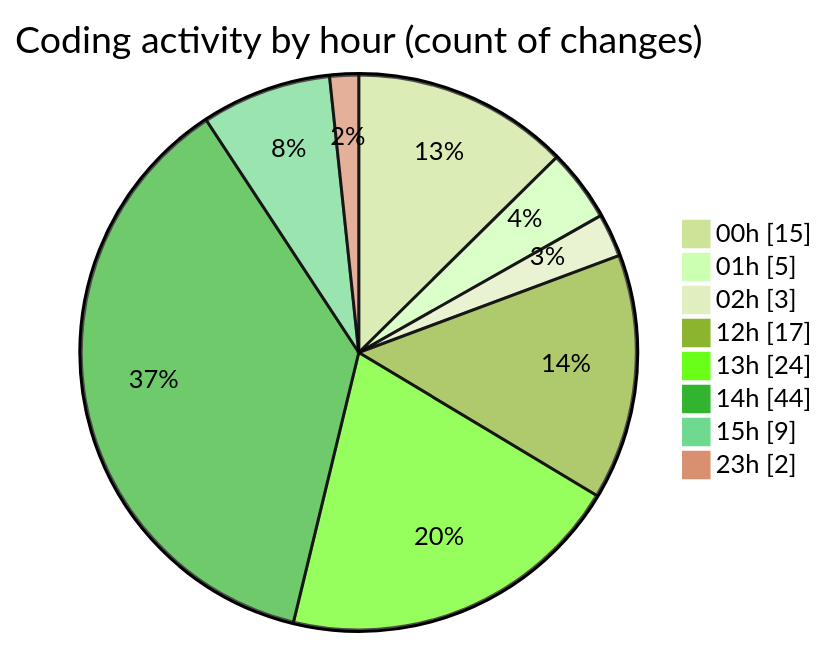
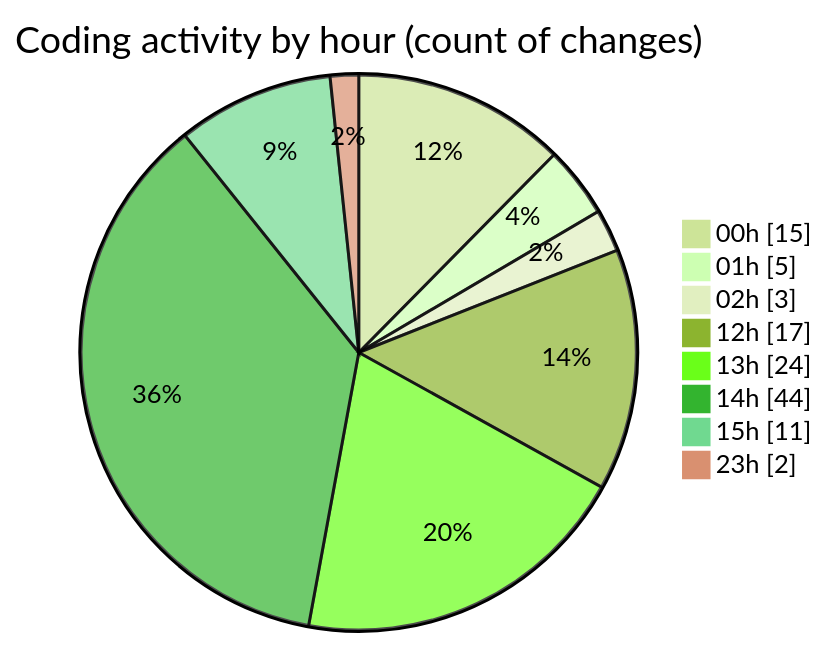
One commit to lephambinh05/code-tracking changed the second of 2 diagrams in 2025-08-13/rentotp/README.md. Above: the diagram before and after it, drawn with Mermaid (forest theme). The commit also changed other lines of this file and 1 other file, not shown here.

````diff
--- a/2025-08-13/rentotp/README.md
+++ b/2025-08-13/rentotp/README.md
@@ -50,12 +50,12 @@
 ```mermaid
 pie showData
 title Coding activity by hour (count of changes)
 "00h" : 15
 "01h" : 5
 "02h" : 3
 "12h" : 17
 "13h" : 24
 "14h" : 44
-"15h" : 9
+"15h" : 11
 "23h" : 2
 ```
````
